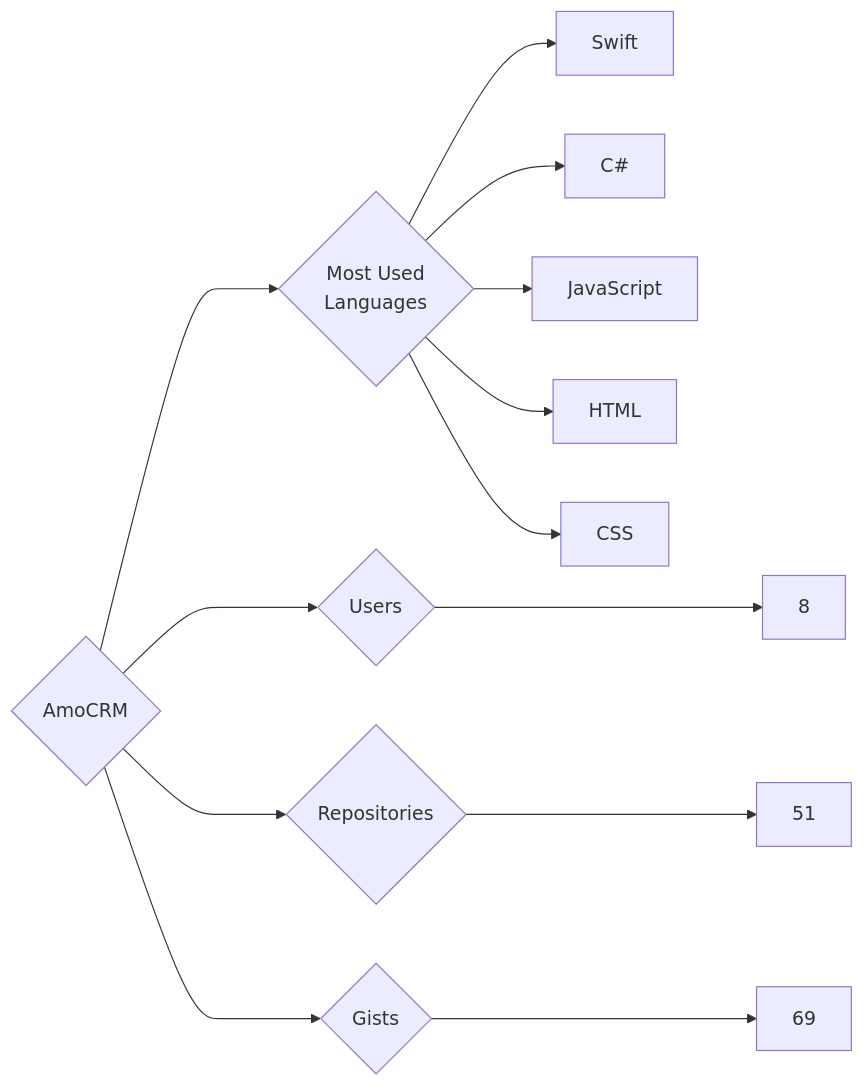
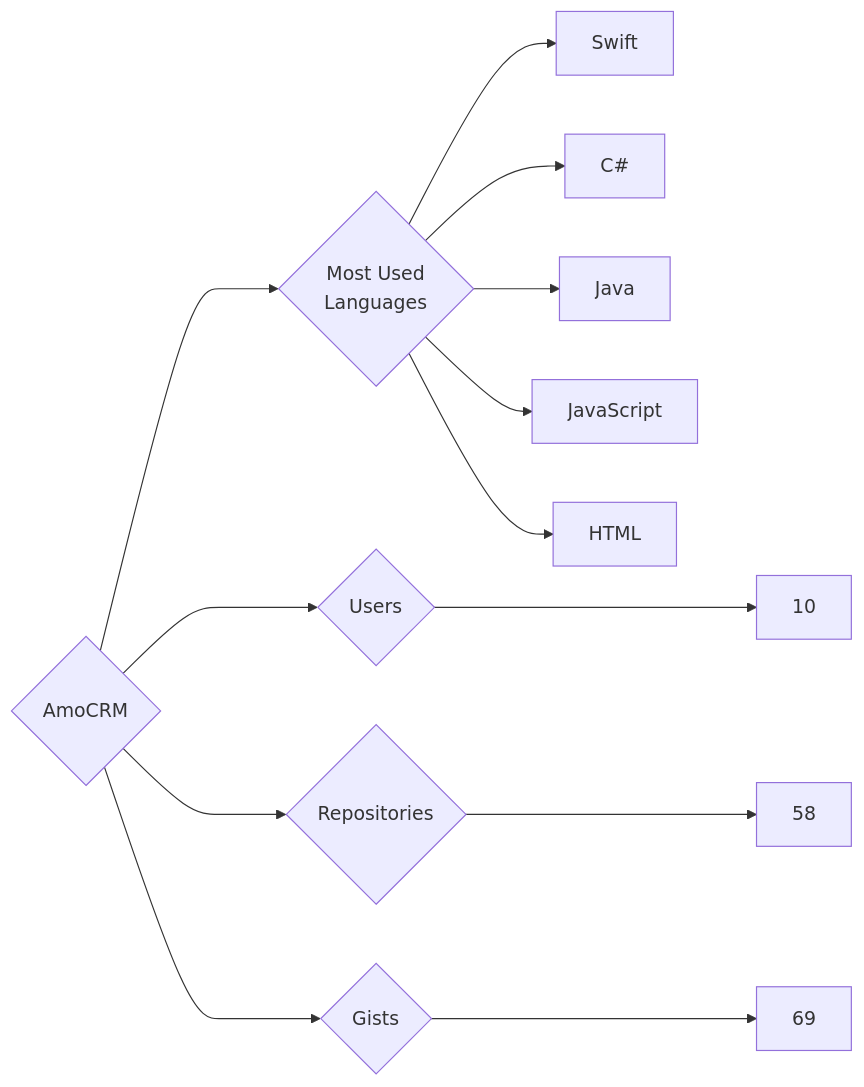
One commit to trickest/insiders changed the diagram in targets/AmoCRM/README.md. Above: the diagram before and after it, drawn with Mermaid. The commit also changed 1020 other files, not shown here.

````diff
--- a/targets/AmoCRM/README.md
+++ b/targets/AmoCRM/README.md
@@ -3,13 +3,13 @@
 ```mermaid
 graph LR
 COMPANY_NAME{AmoCRM}
-COMPANY_NAME ---> U{Users} ---> UN[8]
-COMPANY_NAME ---> R{Repositories} ---> RN[51]
+COMPANY_NAME ---> U{Users} ---> UN[10]
+COMPANY_NAME ---> R{Repositories} ---> RN[58]
 COMPANY_NAME ---> G{Gists} ---> GN[69]
 COMPANY_NAME ---> ML{Most Used<br>Languages}
 ML --> Swift[Swift]
 ML --> C#[C#]
+ML --> Java[Java]
 ML --> JavaScript[JavaScript]
 ML --> HTML[HTML]
-ML --> CSS[CSS]
 ```
````
